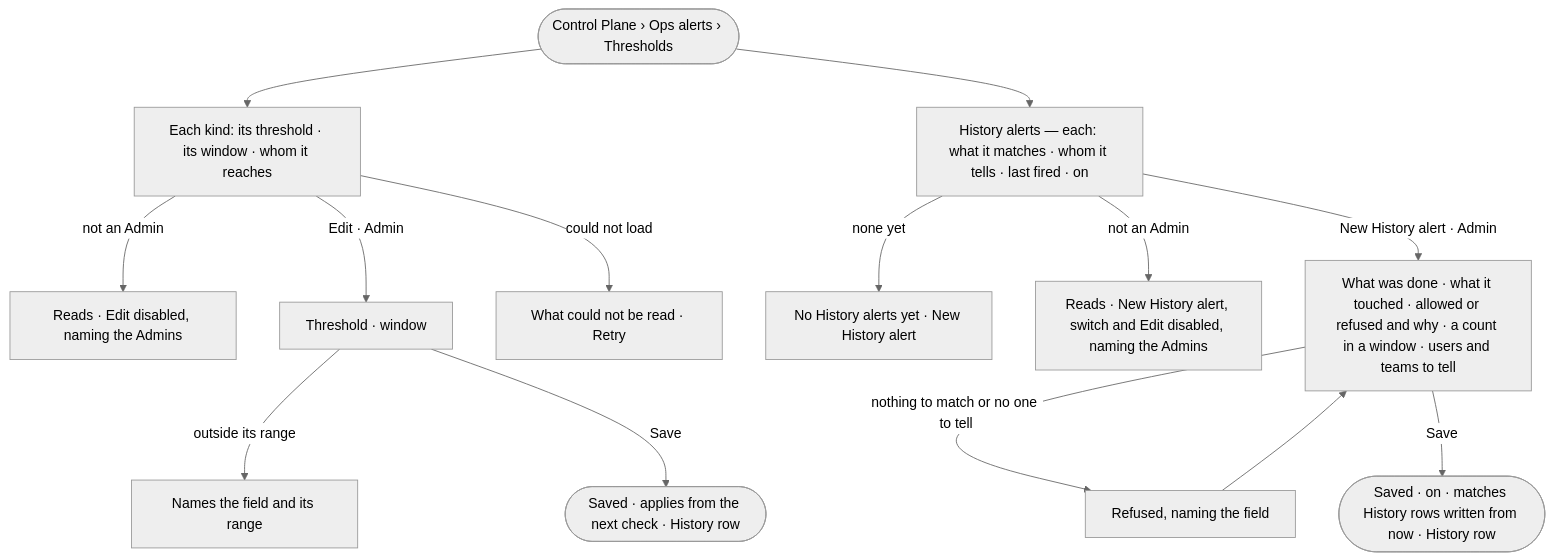
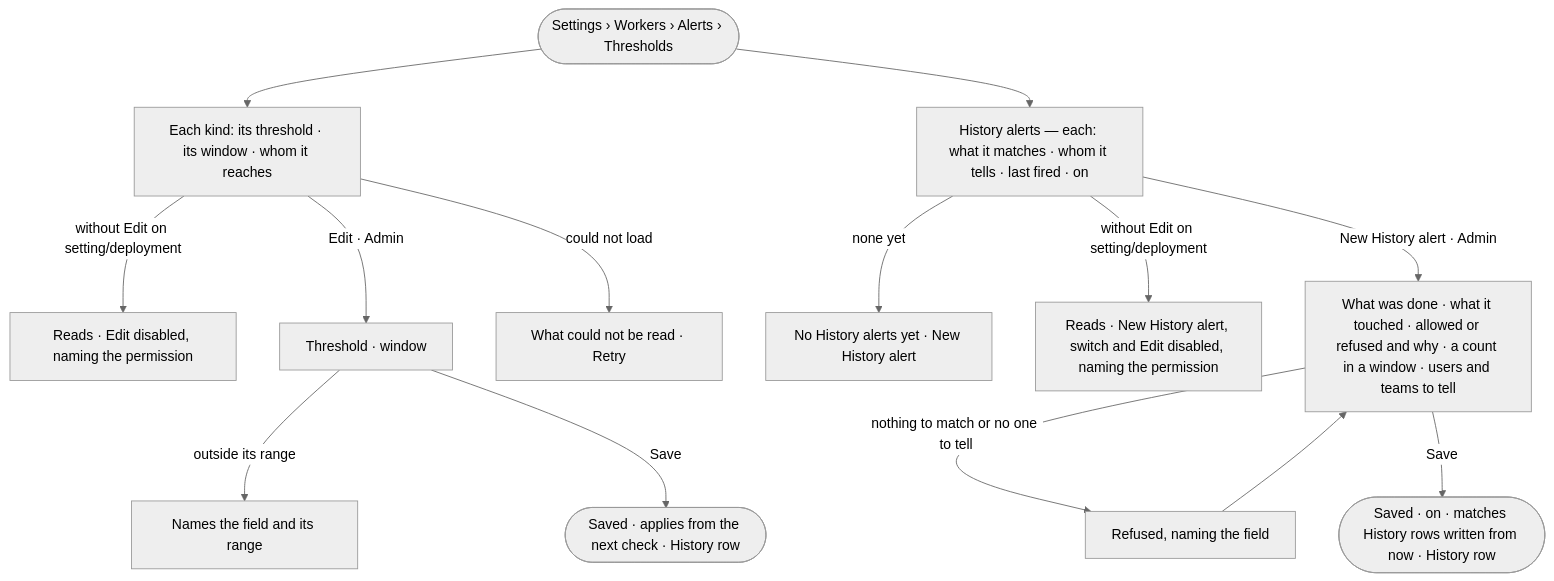
One commit to invana/invana changed the diagram in specs/os/control/features/CP-F11-ops-alerting/stories/CP-60-tune-when-ops-alerts-fire/story.md. Above: the diagram before and after it, drawn with Mermaid (neutral theme). The commit also changed other lines of this file and 456 other files, not shown here.

````diff
--- a/specs/os/control/features/CP-F11-ops-alerting/stories/CP-60-tune-when-ops-alerts-fire/story.md
+++ b/specs/os/control/features/CP-F11-ops-alerting/stories/CP-60-tune-when-ops-alerts-fire/story.md
@@ -27,15 +27,15 @@
 ```mermaid
 flowchart TD
-  s([Control Plane › Ops alerts › Thresholds]) --> l["Each kind: its threshold · its window · whom it reaches"]
-  l -->|not an Admin| ro["Reads · Edit disabled, naming the Admins"]
+  s([Settings › Workers › Alerts › Thresholds]) --> l["Each kind: its threshold · its window · whom it reaches"]
+  l -->|without Edit on setting/deployment| ro["Reads · Edit disabled, naming the permission"]
   l -->|Edit · Admin| e["Threshold · window"]
   e -->|outside its range| r["Names the field and its range"]
   e -->|Save| ok(["Saved · applies from the next check · History row"])
   l -->|could not load| f["What could not be read · Retry"]
   s --> h["History alerts — each: what it matches · whom it tells · last fired · on"]
   h -->|none yet| he["No History alerts yet · New History alert"]
-  h -->|not an Admin| hro["Reads · New History alert, switch and Edit disabled, naming the Admins"]
+  h -->|without Edit on setting/deployment| hro["Reads · New History alert, switch and Edit disabled, naming the permission"]
   h -->|New History alert · Admin| hn["What was done · what it touched · allowed or refused and why · a count in a window · users and teams to tell"]
   hn -->|nothing to match or no one to tell| hx["Refused, naming the field"] --> hn
   hn -->|Save| hok(["Saved · on · matches History rows written from now · History row"])
 ```
````
